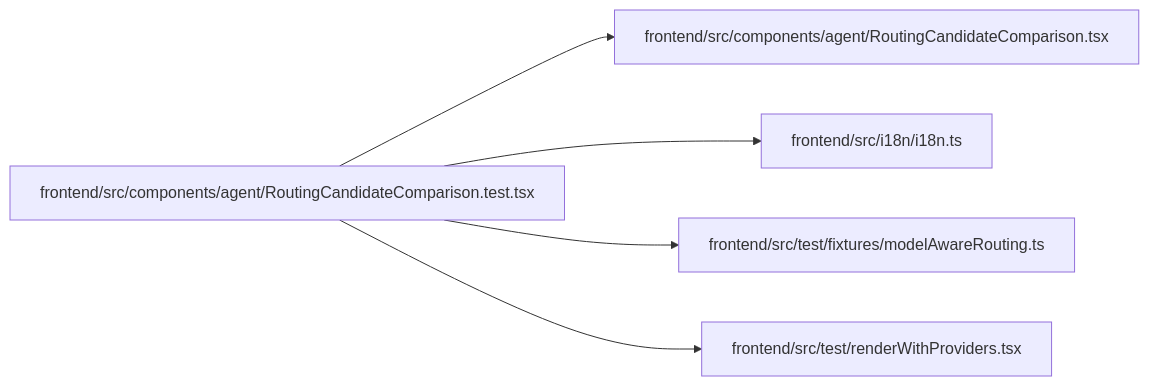
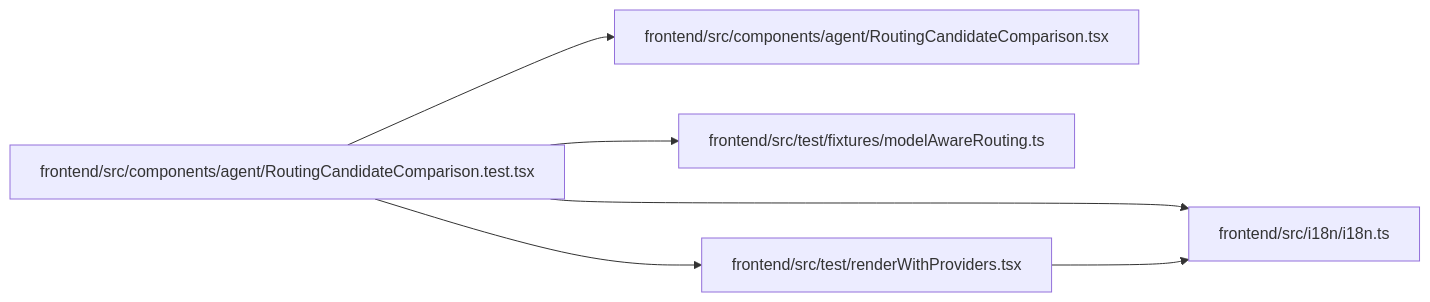
One commit to Denissvgn/WorkChord changed the diagram in docs/llm_wiki/modules/RoutingCandidateComparison.test.md. Above: the diagram before and after it, drawn with Mermaid. The commit also changed other lines of this file and 25171 other files, not shown here.

````diff
--- a/docs/llm_wiki/modules/RoutingCandidateComparison.test.md
+++ b/docs/llm_wiki/modules/RoutingCandidateComparison.test.md
@@ -30,17 +30,18 @@
 ```mermaid
 flowchart LR
     n0["frontend/src/components/agent/RoutingCandidateComparison.test.tsx"]
     n1["frontend/src/components/agent/RoutingCandidateComparison.tsx"]
     n2["frontend/src/i18n/i18n.ts"]
     n3["frontend/src/test/fixtures/modelAwareRouting.ts"]
     n4["frontend/src/test/renderWithProviders.tsx"]
     n0 --> n1
     n0 --> n2
     n0 --> n3
     n0 --> n4
+    n4 --> n2
     click n0 "../modules/RoutingCandidateComparison.test.md"
     click n1 "../modules/RoutingCandidateComparison.md"
     click n2 "../modules/i18n.md"
     click n3 "../modules/modelAwareRouting.md"
     click n4 "../modules/renderWithProviders.md"
 ```
````
